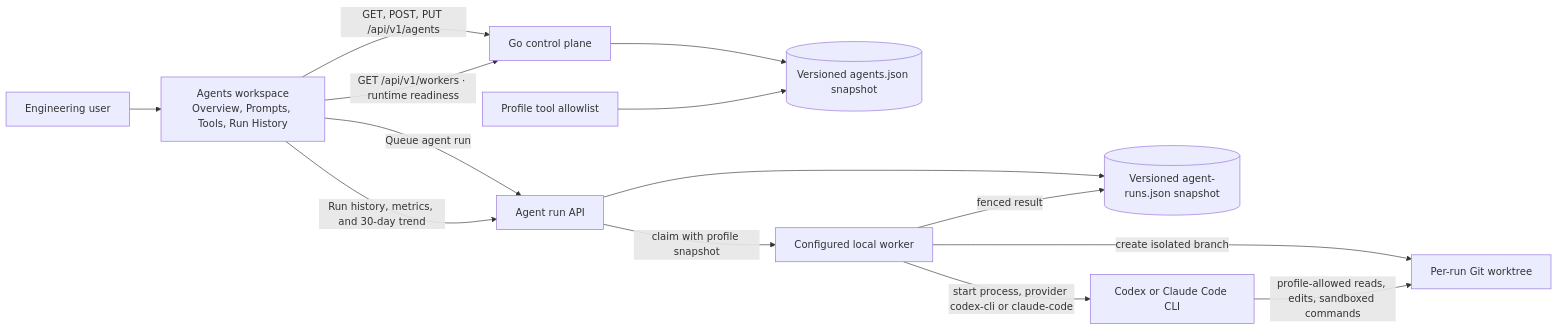
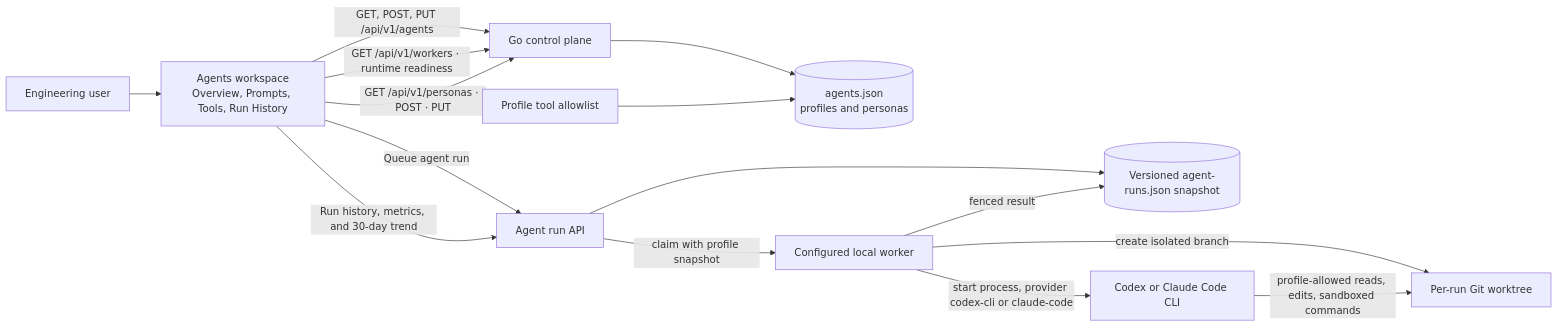
One commit to bogdaniel/zenchron-engineering-os changed the diagram in docs/features/agent-profiles.md. Above: the diagram before and after it, drawn with Mermaid. The commit also changed other lines of this file and 49 other files, not shown here.

````diff
--- a/docs/features/agent-profiles.md
+++ b/docs/features/agent-profiles.md
@@ -41,16 +48,17 @@
 ```mermaid
 flowchart LR
     User[Engineering user] --> Dashboard[Agents workspace]
     Dashboard[Agents workspace<br/>Overview, Prompts, Tools, Run History] -->|GET, POST, PUT /api/v1/agents| API[Go control plane]
     Dashboard -->|GET /api/v1/workers · runtime readiness| API
     Dashboard -->|Queue agent run| Runs[Agent run API]
-    API --> Store[(Versioned agents.json snapshot)]
+    Dashboard -->|GET /api/v1/personas · POST · PUT| API
+    API --> Store[(agents.json<br/>profiles and personas)]
     Runs --> RunStore[(Versioned agent-runs.json snapshot)]
     Dashboard -->|Run history, metrics, and 30-day trend| Runs
     Tools[Profile tool allowlist] --> Store
     Runs -->|claim with profile snapshot| Worker[Configured local worker]
     Worker -->|start process, provider codex-cli or claude-code| Harness[Codex or Claude Code CLI]
     Worker -->|create isolated branch| Worktree[Per-run Git worktree]
     Harness -->|profile-allowed reads, edits, sandboxed commands| Worktree
     Worker -->|fenced result| RunStore
 ```
````
